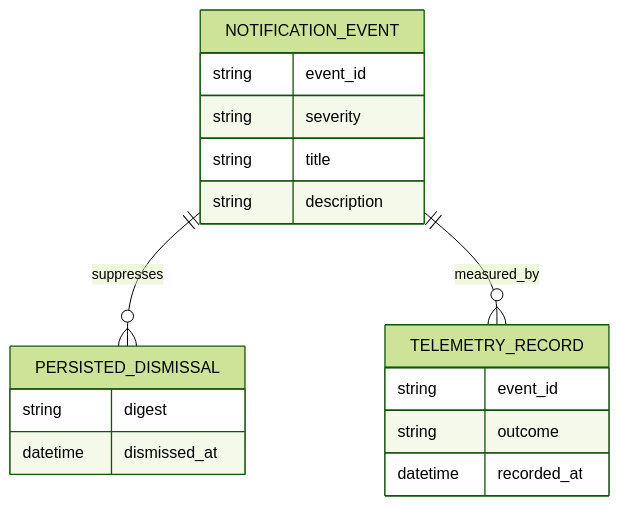
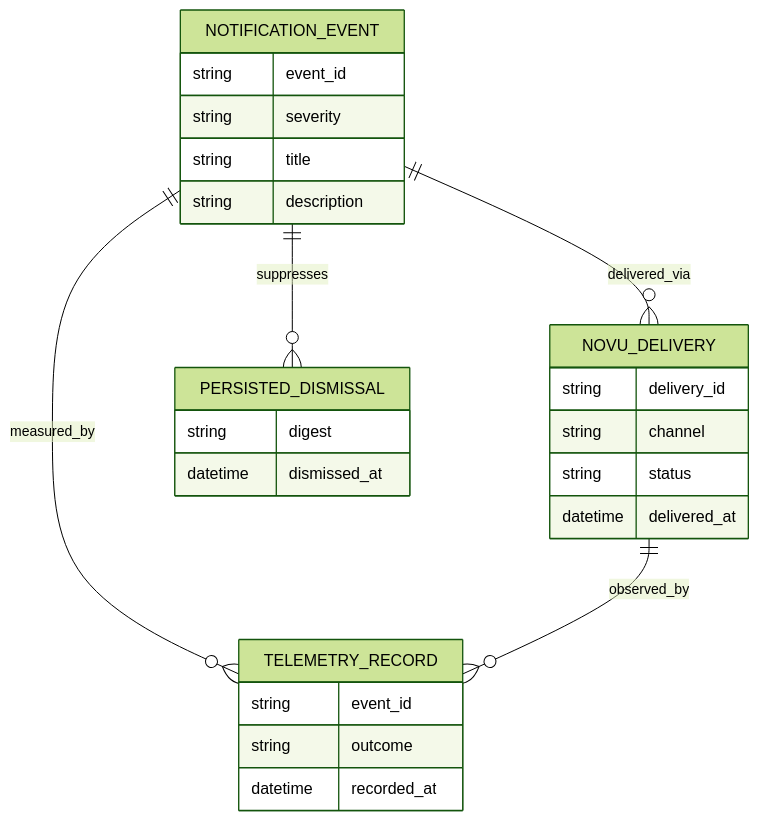
One commit to marcelkenner/clarivum changed the diagram in docs/diagrams/adr-012-notification-experience-and-toasts/data-lineage.mmd. Above: the diagram before and after it, drawn with Mermaid (forest theme). The commit also changed 75 other files, not shown here.

````diff
--- a/docs/diagrams/adr-012-notification-experience-and-toasts/data-lineage.mmd
+++ b/docs/diagrams/adr-012-notification-experience-and-toasts/data-lineage.mmd
@@ -1,20 +1,28 @@
 ```mermaid
 erDiagram
     NOTIFICATION_EVENT {
         string event_id
         string severity
         string title
         string description
+    }
+    NOVU_DELIVERY {
+        string delivery_id
+        string channel
+        string status
+        datetime delivered_at
     }
     PERSISTED_DISMISSAL {
         string digest
         datetime dismissed_at
     }
     TELEMETRY_RECORD {
         string event_id
         string outcome
         datetime recorded_at
     }
     NOTIFICATION_EVENT ||--o{ PERSISTED_DISMISSAL : suppresses
     NOTIFICATION_EVENT ||--o{ TELEMETRY_RECORD : measured_by
+    NOTIFICATION_EVENT ||--o{ NOVU_DELIVERY : delivered_via
+    NOVU_DELIVERY ||--o{ TELEMETRY_RECORD : observed_by
 ```
````
